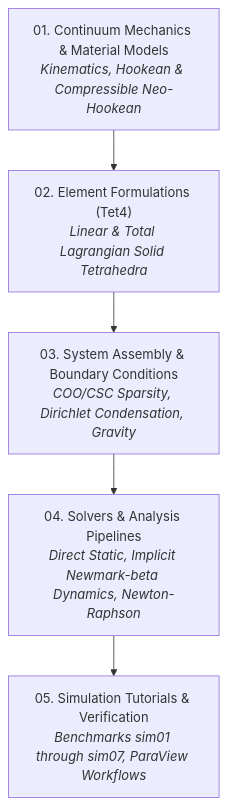
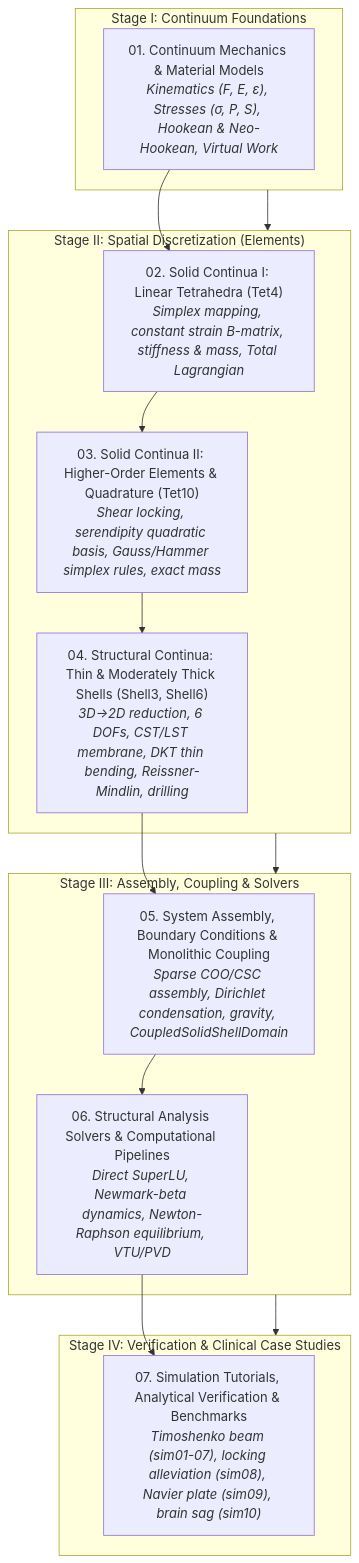
One commit to tanadul-s/psierra changed the diagram in docs/README.md. Above: the diagram before and after it, drawn with Mermaid. The commit also changed other lines of this file and 7 other files, not shown here.

````diff
--- a/docs/README.md
+++ b/docs/README.md
@@ -11,13 +11,32 @@
 ```mermaid
 flowchart TD
-    D01["01. Continuum Mechanics & Material Models<br/><i>Kinematics, Hookean & Compressible Neo-Hookean</i>"]
-    D02["02. Element Formulations (Tet4)<br/><i>Linear & Total Lagrangian Solid Tetrahedra</i>"]
-    D03["03. System Assembly & Boundary Conditions<br/><i>COO/CSC Sparsity, Dirichlet Condensation, Gravity</i>"]
-    D04["04. Solvers & Analysis Pipelines<br/><i>Direct Static, Implicit Newmark-beta Dynamics, Newton-Raphson</i>"]
-    D05["05. Simulation Tutorials & Verification<br/><i>Benchmarks sim01 through sim07, ParaView Workflows</i>"]
+    subgraph Stage1["Stage I: Continuum Foundations"]
+        D01["01. Continuum Mechanics & Material Models<br/><i>Kinematics (F, E, ε), Stresses (σ, P, S), Hookean & Neo-Hookean, Virtual Work</i>"]
+    end
+
+    subgraph Stage2["Stage II: Spatial Discretization (Elements)"]
+        D02["02. Solid Continua I: Linear Tetrahedra (Tet4)<br/><i>Simplex mapping, constant strain B-matrix, stiffness & mass, Total Lagrangian</i>"]
+        D03["03. Solid Continua II: Higher-Order Elements & Quadrature (Tet10)<br/><i>Shear locking, serendipity quadratic basis, Gauss/Hammer simplex rules, exact mass</i>"]
+        D04["04. Structural Continua: Thin & Moderately Thick Shells (Shell3, Shell6)<br/><i>3D→2D reduction, 6 DOFs, CST/LST membrane, DKT thin bending, Reissner-Mindlin, drilling</i>"]
+    end
+
+    subgraph Stage3["Stage III: Assembly, Coupling & Solvers"]
+        D05["05. System Assembly, Boundary Conditions & Monolithic Coupling<br/><i>Sparse COO/CSC assembly, Dirichlet condensation, gravity, CoupledSolidShellDomain</i>"]
+        D06["06. Structural Analysis Solvers & Computational Pipelines<br/><i>Direct SuperLU, Newmark-beta dynamics, Newton-Raphson equilibrium, VTU/PVD</i>"]
+    end
+
+    subgraph Stage4["Stage IV: Verification & Clinical Case Studies"]
+        D07["07. Simulation Tutorials, Analytical Verification & Benchmarks<br/><i>Timoshenko beam (sim01-07), locking alleviation (sim08), Navier plate (sim09), brain sag (sim10)</i>"]
+    end
+
+    Stage1 --> Stage2
+    Stage2 --> Stage3
+    Stage3 --> Stage4
 
     D01 --> D02
     D02 --> D03
     D03 --> D04
     D04 --> D05
+    D05 --> D06
+    D06 --> D07
 ```
````
